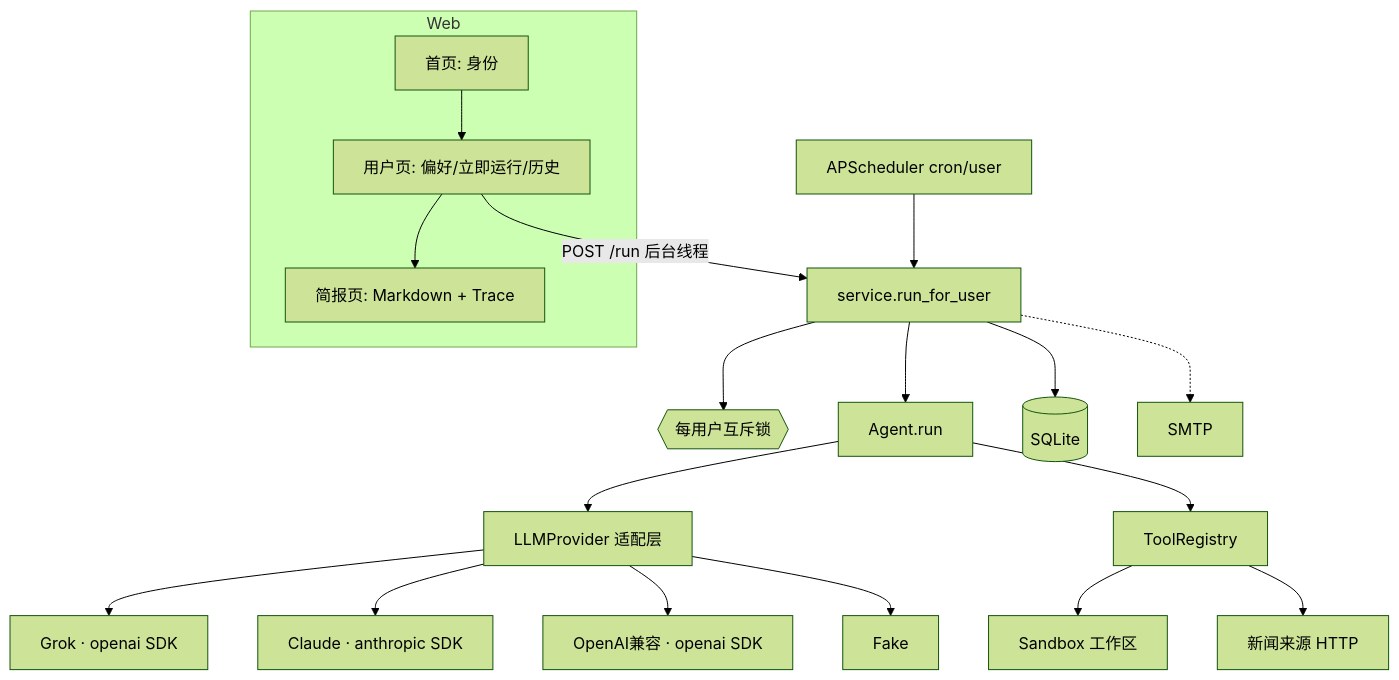
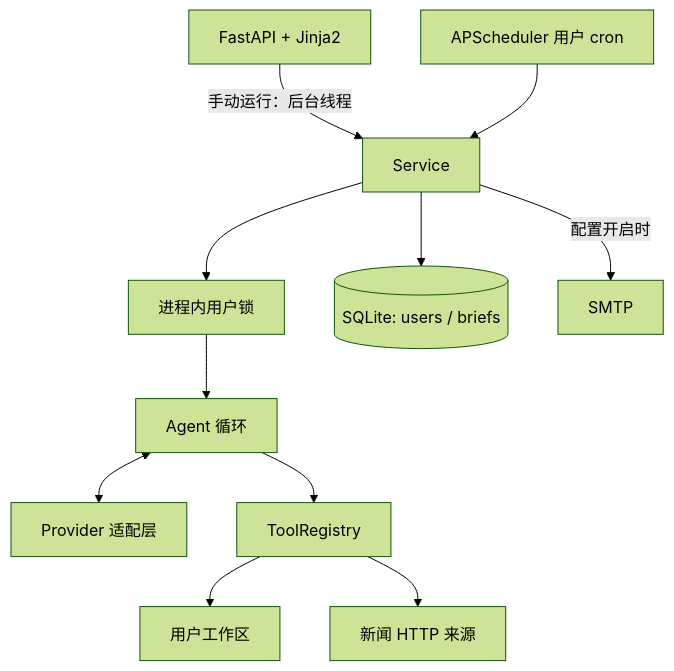
The first of 2 diagrams in docs/DESIGN.md (kayzenline/ai-news-agent), drawn with Mermaid (forest theme) before and after one commit. The commit also changed other lines of this file and 1 other file, not shown here.

````diff
--- a/docs/DESIGN.md
+++ b/docs/DESIGN.md
@@ -17,21 +39,13 @@
 ```mermaid
 flowchart TB
-  subgraph Web
-    P1[首页: 身份] --> P2[用户页: 偏好/立即运行/历史]
-    P2 --> P3[简报页: Markdown + Trace]
-  end
-  P2 -->|POST /run 后台线程| S[service.run_for_user]
-  C[APScheduler cron/user] --> S
-  S --> L{{每用户互斥锁}}
-  S --> A[Agent.run]
-  A --> AD[LLMProvider 适配层]
-  AD --> G[Grok · openai SDK]
-  AD --> CL[Claude · anthropic SDK]
-  AD --> O[OpenAI兼容 · openai SDK]
-  AD --> F[Fake]
-  A --> R[ToolRegistry]
-  R --> SB[Sandbox 工作区]
-  R --> N[新闻来源 HTTP]
-  S --> DB[(SQLite)]
-  S -.-> M[SMTP]
+  UI[FastAPI + Jinja2] -->|手动运行：后台线程| S[Service]
+  C[APScheduler 用户 cron] --> S
+  S --> L[进程内用户锁]
+  L --> A[Agent 循环]
+  A <--> P[Provider 适配层]
+  A --> T[ToolRegistry]
+  T --> W[用户工作区]
+  T --> N[新闻 HTTP 来源]
+  S --> DB[(SQLite: users / briefs)]
+  S -->|配置开启时| M[SMTP]
 ```
````
